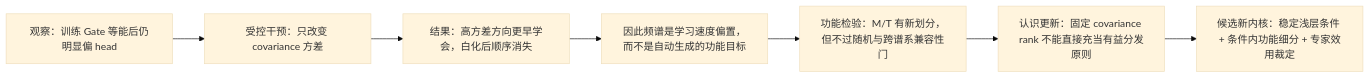
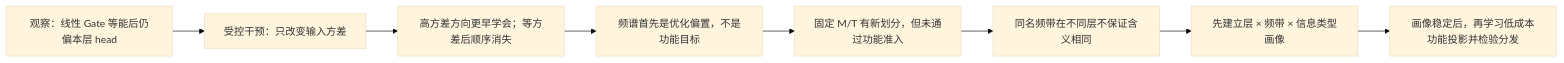
The diagram in xyDeng/sync/2026-07-31/a15_spectral_router_convergence/focus.md (Frandium/kv_cache), drawn with Mermaid (base theme) before and after one commit. The commit also changed other lines of this file and 22 other files, not shown here.

````diff
--- a/xyDeng/sync/2026-07-31/a15_spectral_router_convergence/focus.md
+++ b/xyDeng/sync/2026-07-31/a15_spectral_router_convergence/focus.md
@@ -38,9 +34,10 @@
 ```mermaid
 flowchart LR
-    O["观察：训练 Gate 等能后仍明显偏 head"] --> C["受控干预：只改变 covariance 方差"]
-    C --> S["结果：高方差方向更早学会，白化后顺序消失"]
-    S --> G["因此频谱是学习速度偏置，而不是自动生成的功能目标"]
-    G --> F["功能检验：M/T 有新划分，但不过随机与跨谱系兼容性门"]
-    F --> K["认识更新：固定 covariance rank 不能直接充当有益分发原则"]
-    K --> N["候选新内核：稳定浅层条件 + 条件内功能细分 + 专家效用裁定"]
+    A["观察：线性 Gate 等能后仍偏本层 head"] --> B["受控干预：只改变输入方差"]
+    B --> C["高方差方向更早学会；等方差后顺序消失"]
+    C --> D["频谱首先是优化偏置，不是功能目标"]
+    D --> E["固定 M/T 有新划分，但未通过功能准入"]
+    E --> F["同名频带在不同层不保证含义相同"]
+    F --> G["先建立层 × 频带 × 信息类型画像"]
+    G --> H["画像稳定后，再学习低成本功能投影并检验分发"]
 ```
````
